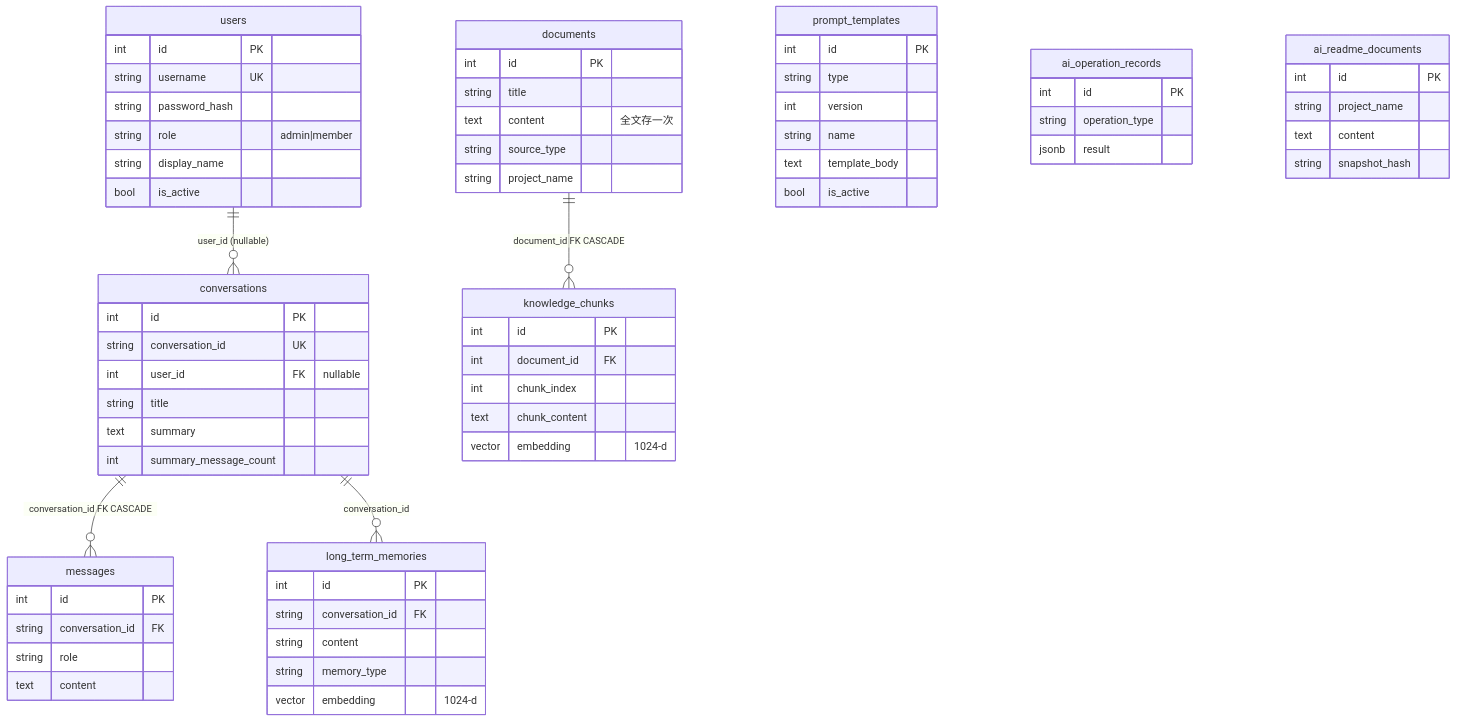
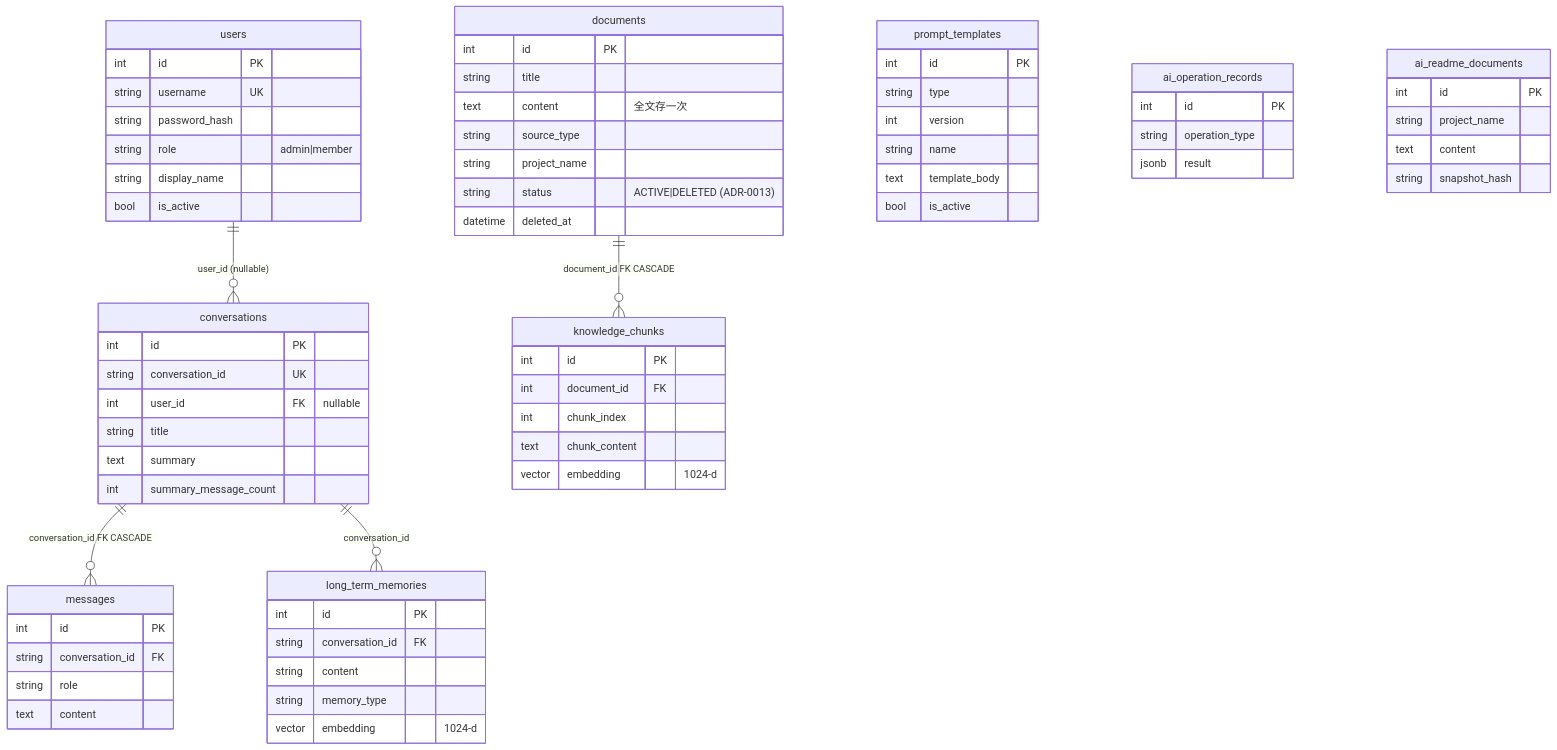
The fourth of 6 diagrams in README.md (KevinDeng-0411/AI-CodeReviewCenter), drawn with Mermaid before and after one commit. The commit also changed other lines of this file and 3 other files, not shown here.

````diff
--- a/README.md
+++ b/README.md
@@ -143,70 +143,72 @@
 ```mermaid
 erDiagram
     users ||--o{ conversations : "user_id (nullable)"
     conversations ||--o{ messages : "conversation_id FK CASCADE"
     conversations ||--o{ long_term_memories : "conversation_id"
     documents ||--o{ knowledge_chunks : "document_id FK CASCADE"
     prompt_templates {
         int id PK
         string type
         int version
         string name
         text template_body
         bool is_active
     }
     ai_operation_records {
         int id PK
         string operation_type
         jsonb result
     }
     ai_readme_documents {
         int id PK
         string project_name
         text content
         string snapshot_hash
     }
 
     users {
         int id PK
         string username UK
         string password_hash
         string role "admin|member"
         string display_name
         bool is_active
     }
     conversations {
         int id PK
         string conversation_id UK
         int user_id FK "nullable"
         string title
         text summary
         int summary_message_count
     }
     messages {
         int id PK
         string conversation_id FK
         string role
         text content
     }
     long_term_memories {
         int id PK
         string conversation_id FK
         string content
         string memory_type
         vector embedding "1024-d"
     }
     documents {
         int id PK
         string title
         text content "全文存一次"
         string source_type
         string project_name
+        string status "ACTIVE|DELETED (ADR-0013)"
+        datetime deleted_at
     }
     knowledge_chunks {
         int id PK
         int document_id FK
         int chunk_index
         text chunk_content
         vector embedding "1024-d"
     }
 ```
````
